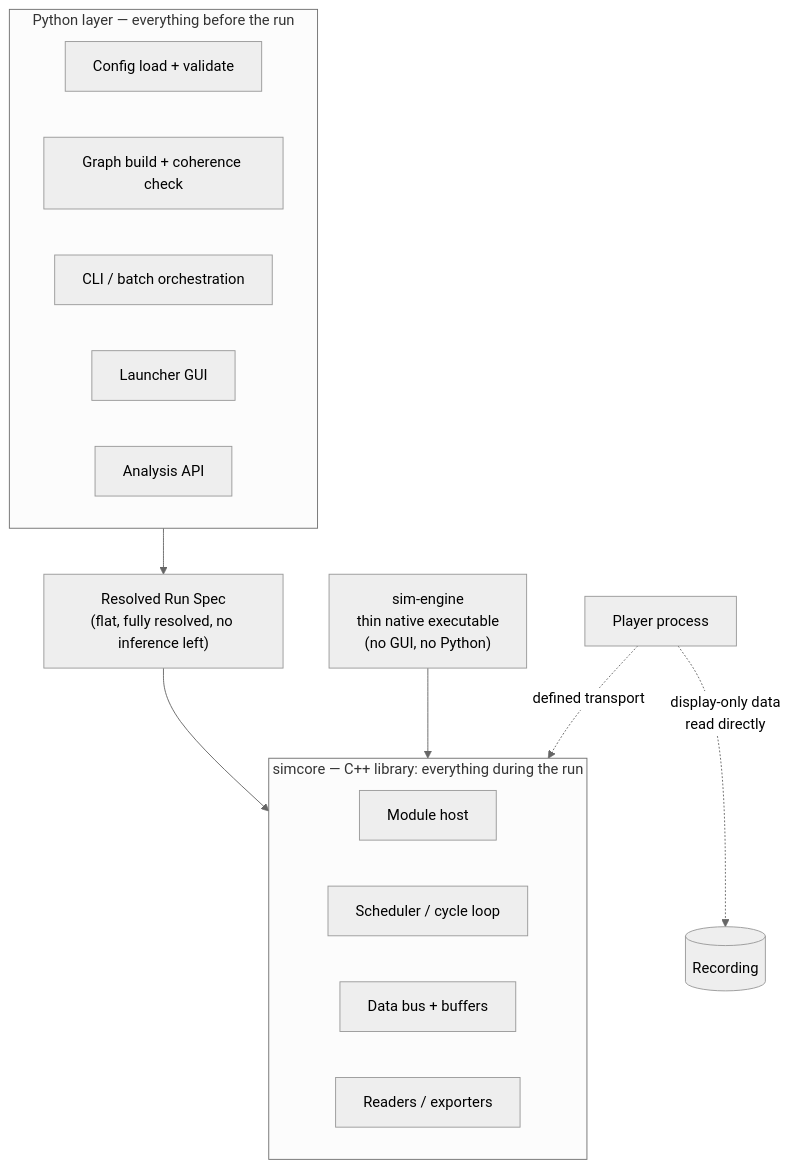
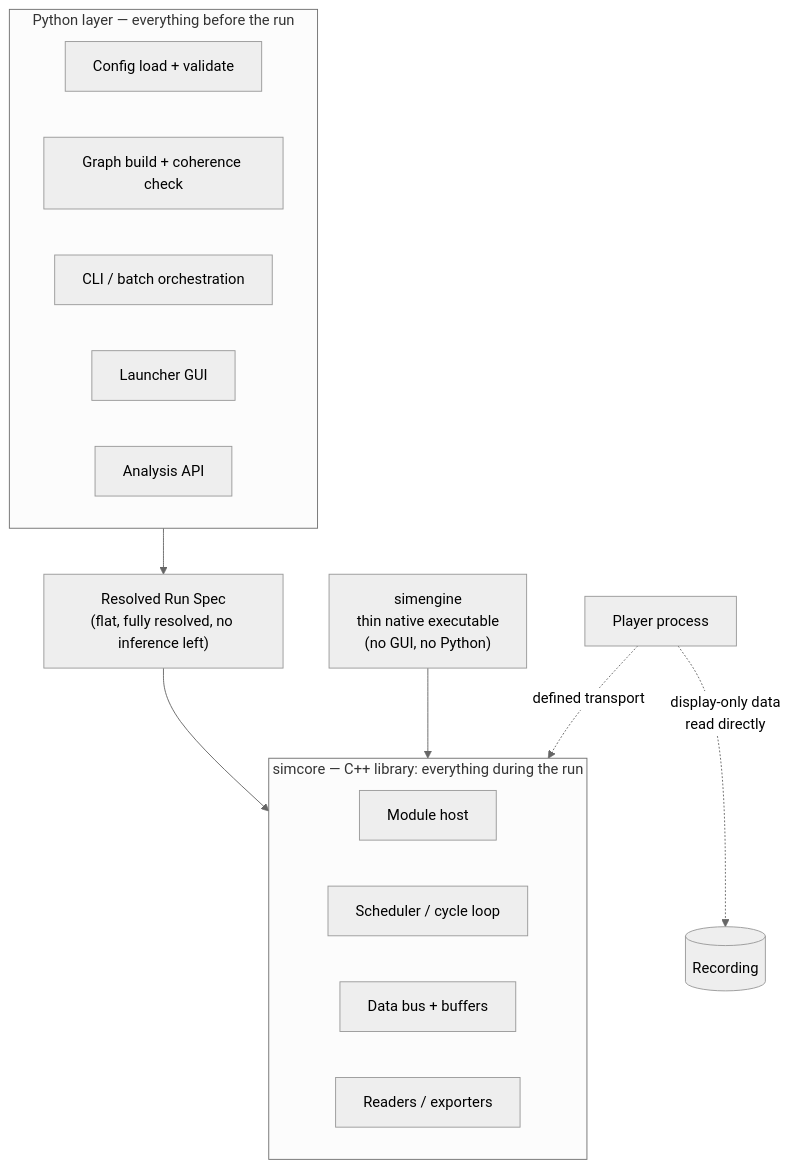
Before and after one commit to Pavan-karimajji/vantage: the fourth of 8 diagrams in docs/v2/SIM_Concept_Document_v0.3.1.md, drawn with Mermaid (neutral theme). The commit also changed other lines of this file and 7 other files, not shown here.

First line of the commit message:
docs(sim): add Implementation Design/Plan/Test Spec + Open Questions register; simcore/simengine naming

````diff
--- a/docs/v2/SIM_Concept_Document_v0.3.1.md
+++ b/docs/v2/SIM_Concept_Document_v0.3.1.md
@@ -262,23 +262,23 @@
 ```mermaid
 flowchart TB
   subgraph PY["Python layer — everything before the run"]
     P1["Config load + validate"]
     P2["Graph build + coherence check"]
     P3["CLI / batch orchestration"]
     P4["Launcher GUI"]
     P5["Analysis API"]
   end
   SPEC["Resolved Run Spec<br/>(flat, fully resolved, no inference left)"]
   subgraph CORE["simcore — C++ library: everything during the run"]
     C1["Module host"]
     C2["Scheduler / cycle loop"]
     C3["Data bus + buffers"]
     C4["Readers / exporters"]
   end
-  EXE["sim-engine<br/>thin native executable<br/>(no GUI, no Python)"]
+  EXE["simengine<br/>thin native executable<br/>(no GUI, no Python)"]
   PLAYER["Player process"]
   PY --> SPEC --> CORE
   EXE --> CORE
   PLAYER -.->|"defined transport"| CORE
   PLAYER -.->|"display-only data<br/>read directly"| REC[("Recording")]
 ```
````
